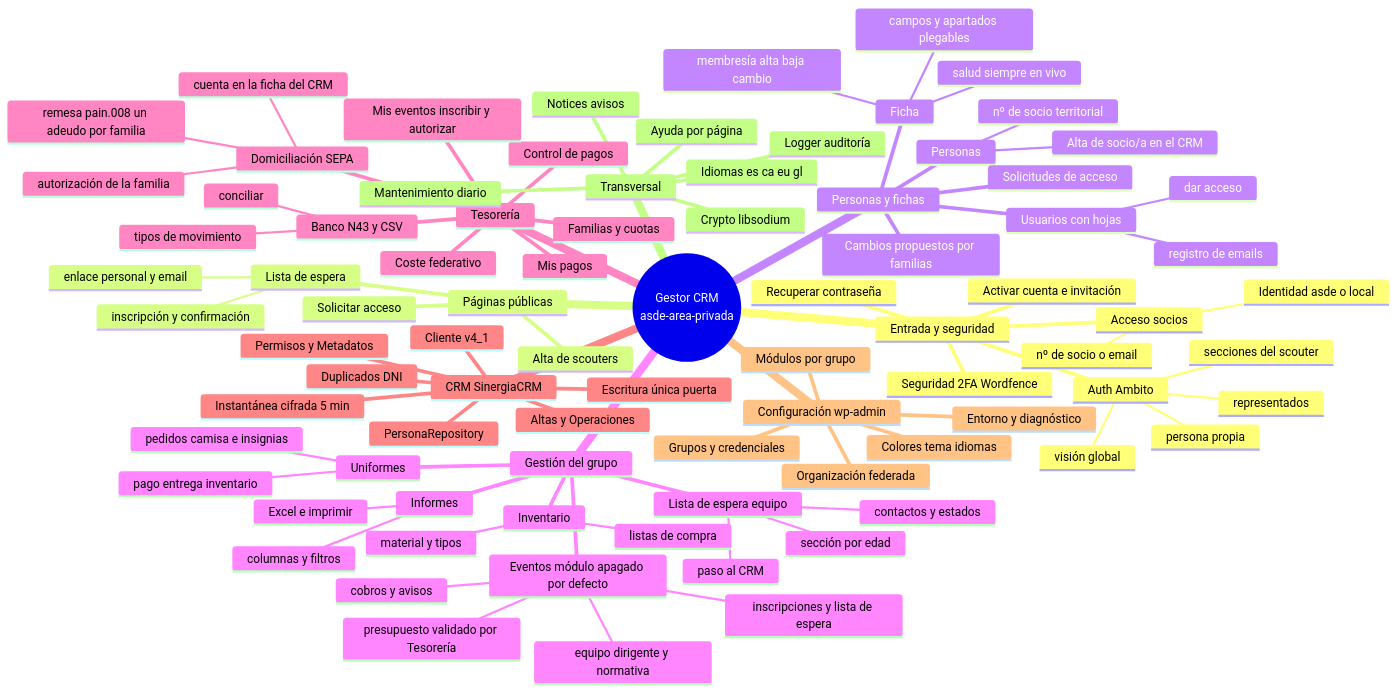
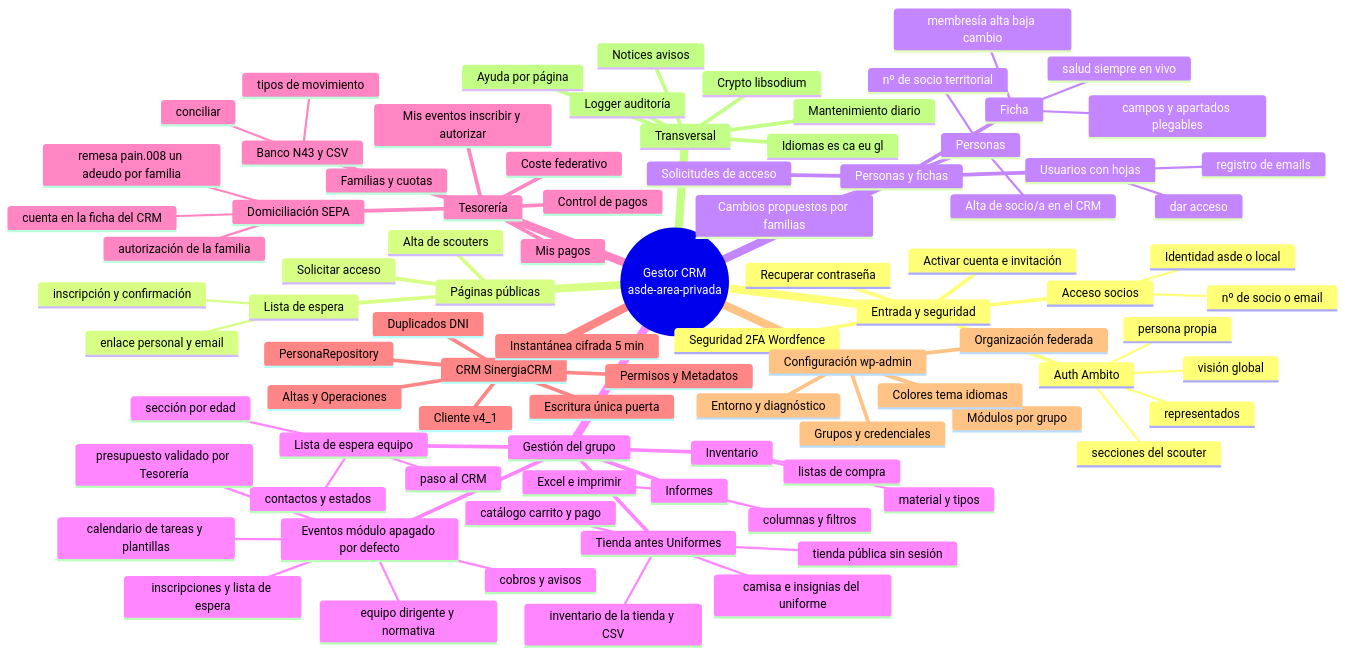
The first of 3 diagrams in docs/40-mapa-de-la-aplicacion.md (fmrondonPmi/GestorCRM-Scouts-de-Espa-a), drawn with Mermaid before and after one commit. The commit also changed other lines of this file and 48 other files, not shown here.

First line of the commit message:
Manuales 4.11 y capturas de la tienda (v0.39) y el calendario (v0.40)

```diff
--- a/docs/40-mapa-de-la-aplicacion.md
+++ b/docs/40-mapa-de-la-aplicacion.md
@@ -51,9 +51,11 @@
       Inventario
         material y tipos
         listas de compra
-      Uniformes
-        pedidos camisa e insignias
-        pago entrega inventario
+      Tienda antes Uniformes
+        catálogo carrito y pago
+        inventario de la tienda y CSV
+        tienda pública sin sesión
+        camisa e insignias del uniforme
       Lista de espera equipo
         sección por edad
         contactos y estados
@@ -63,6 +65,7 @@
         presupuesto validado por Tesorería
         inscripciones y lista de espera
         cobros y avisos
+        calendario de tareas y plantillas
     Tesorería
       Familias y cuotas
       Control de pagos
```
